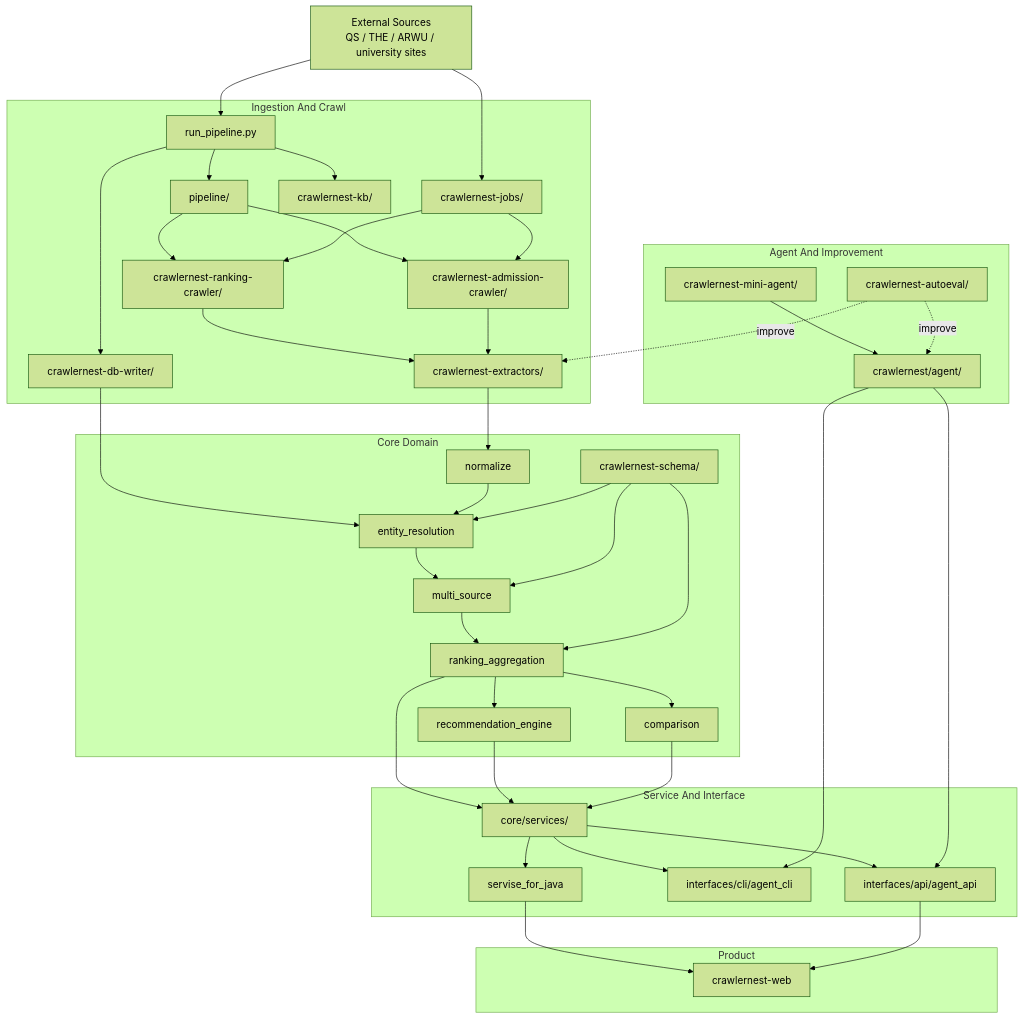
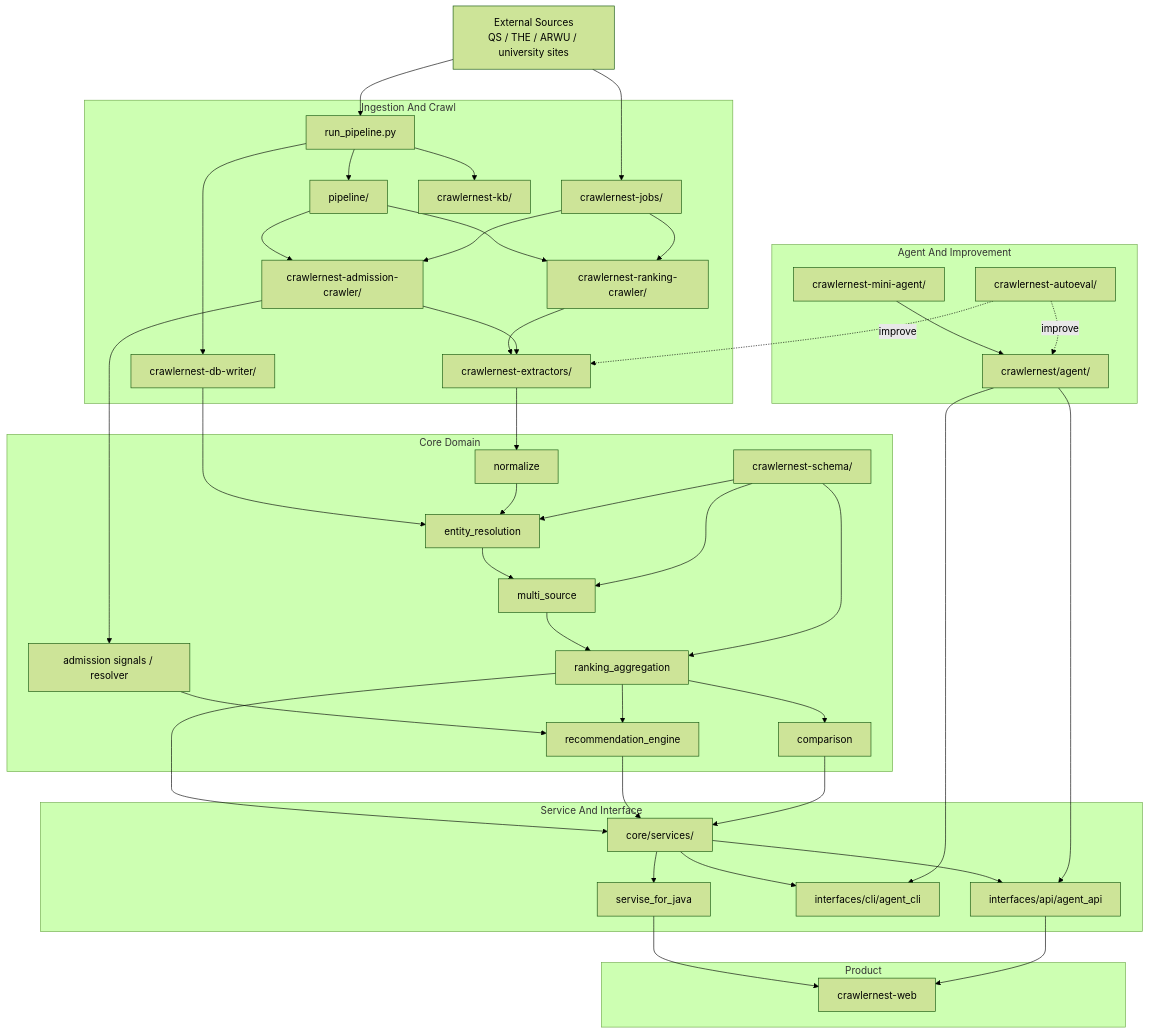
One commit to heinricitorgau/CrawlerNest changed the second of 10 diagrams in docs/architecture/SYSTEM_ENGINE_ARCHITECTURE.md. Above: the diagram before and after it, drawn with Mermaid (forest theme). The commit also changed other lines of this file and 14 other files, not shown here.

````diff
--- a/docs/architecture/SYSTEM_ENGINE_ARCHITECTURE.md
+++ b/docs/architecture/SYSTEM_ENGINE_ARCHITECTURE.md
@@ -119,77 +126,80 @@
 ```mermaid
 flowchart TD
     SRC["External Sources<br/>QS / THE / ARWU / university sites"]
 
     subgraph INGEST["Ingestion And Crawl"]
         PIPE["run_pipeline.py"]
         PSTAGE["pipeline/"]
         JOBS["crawlernest-jobs/"]
         RCRAWL["crawlernest-ranking-crawler/"]
         ACRAWL["crawlernest-admission-crawler/"]
         EXT["crawlernest-extractors/"]
         WRITE["crawlernest-db-writer/"]
         KB["crawlernest-kb/"]
     end
 
     subgraph CORE["Core Domain"]
         NORM["normalize"]
         ER["entity_resolution"]
         MS["multi_source"]
         AGG["ranking_aggregation"]
+        ASIG["admission signals / resolver"]
         REC["recommendation_engine"]
         CMP["comparison"]
         SCHEMA["crawlernest-schema/"]
     end
 
     subgraph SERVICE["Service And Interface"]
         FACADE["core/services/"]
         PAPI["interfaces/api/agent_api"]
         PCLI["interfaces/cli/agent_cli"]
         JAVA["servise_for_java"]
     end
 
     subgraph PRODUCT["Product"]
         WEB["crawlernest-web"]
     end
 
     subgraph AGENT["Agent And Improvement"]
         AGS["crawlernest/agent/"]
         MINI["crawlernest-mini-agent/"]
         EVAL["crawlernest-autoeval/"]
     end
 
     SRC --> PIPE
     SRC --> JOBS
     PIPE --> PSTAGE
     PSTAGE --> RCRAWL
     PSTAGE --> ACRAWL
     JOBS --> RCRAWL
     JOBS --> ACRAWL
     RCRAWL --> EXT
     ACRAWL --> EXT
     EXT --> NORM
     PIPE --> WRITE
     PIPE --> KB
     WRITE --> ER
     NORM --> ER
     SCHEMA --> ER
     ER --> MS
     SCHEMA --> MS
     MS --> AGG
     SCHEMA --> AGG
+    ACRAWL --> ASIG
+    ASIG --> REC
     AGG --> REC
     AGG --> CMP
     AGG --> FACADE
     REC --> FACADE
     CMP --> FACADE
     FACADE --> JAVA
     FACADE --> PAPI
     FACADE --> PCLI
     JAVA --> WEB
     PAPI --> WEB
     AGS --> PAPI
     AGS --> PCLI
     MINI --> AGS
     EVAL -. improve .-> AGS
     EVAL -. improve .-> EXT
 ```
````
